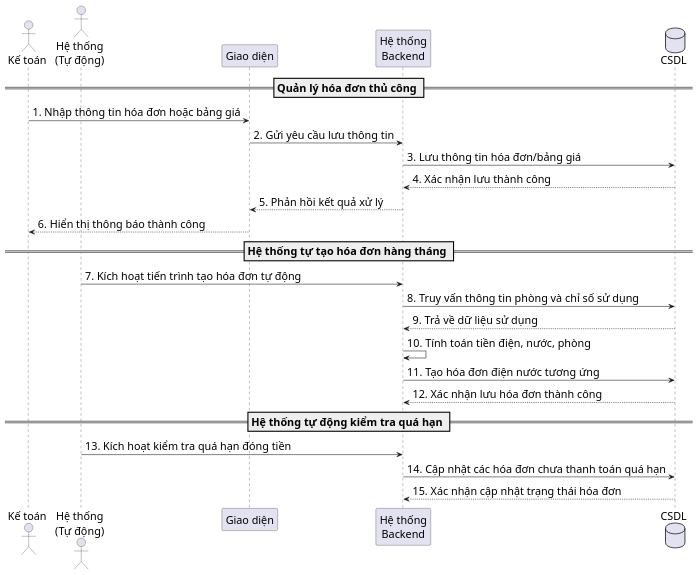
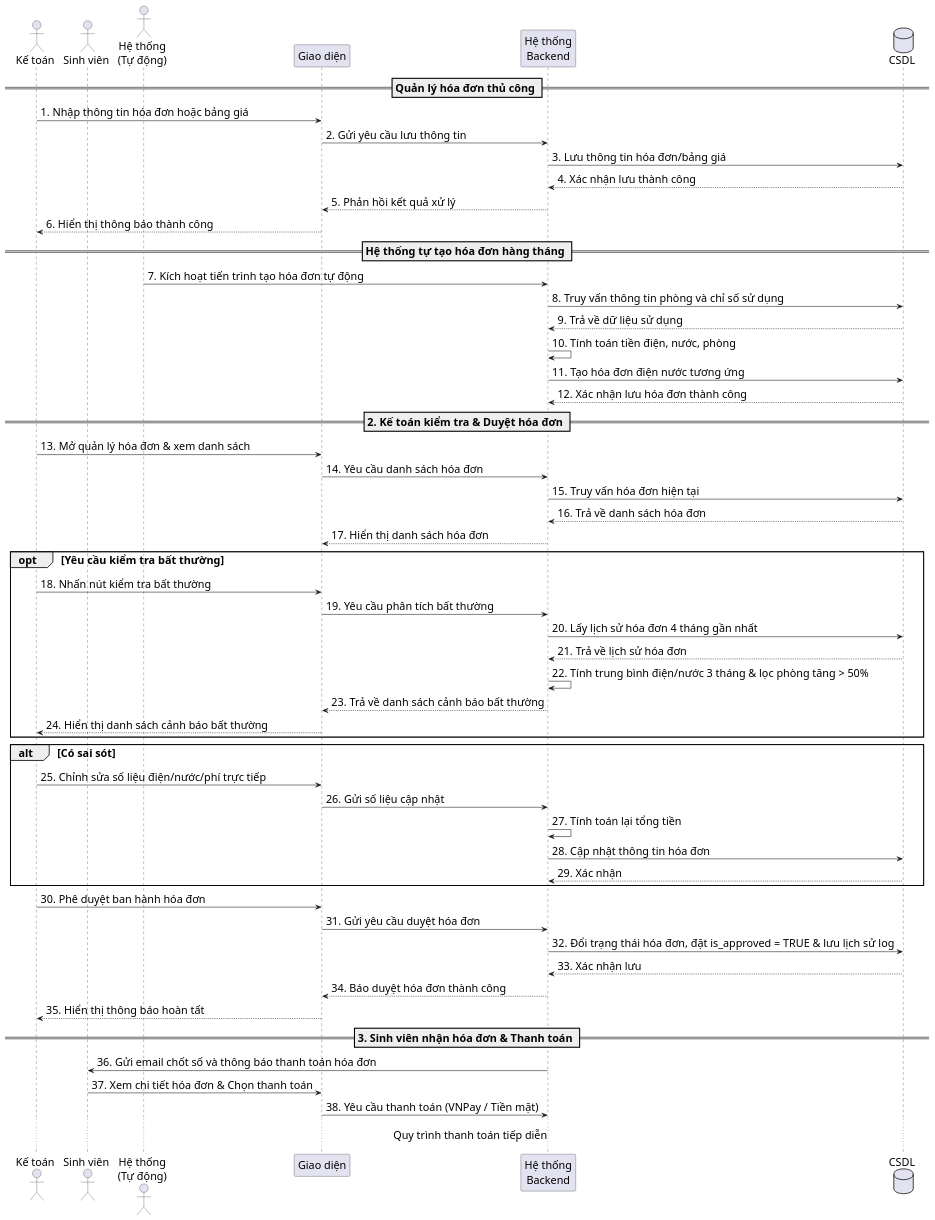
One commit to s0nbuildtech287/dormitory-frontend changed the diagram in diagrams/nhomhoadonthanhtoan/invoice_create_sequence.puml. Above: the diagram before and after it, drawn with PlantUML. The commit also changed 4 other files, not shown here.

```diff
--- a/diagrams/nhomhoadonthanhtoan/invoice_create_sequence.puml
+++ b/diagrams/nhomhoadonthanhtoan/invoice_create_sequence.puml
@@ -1,31 +1,64 @@
 @startuml "Invoice Management Sequence"
 skinparam defaultFontSize 20
 skinparam defaultFontName "Times New Roman"
 skinparam sequenceMessageSize 20
 actor "Kế toán" as Accountant
+actor "Sinh viên" as Student
 actor "Hệ thống\n(Tự động)" as Cron
 participant "Giao diện" as FE
 participant "Hệ thống\nBackend" as BE
 database "CSDL" as DB
 
 == Quản lý hóa đơn thủ công ==
 Accountant -> FE: 1. Nhập thông tin hóa đơn hoặc bảng giá
 FE -> BE: 2. Gửi yêu cầu lưu thông tin
 BE -> DB: 3. Lưu thông tin hóa đơn/bảng giá
 DB --> BE: 4. Xác nhận lưu thành công
 BE --> FE: 5. Phản hồi kết quả xử lý
 FE --> Accountant: 6. Hiển thị thông báo thành công
 
 == Hệ thống tự tạo hóa đơn hàng tháng ==
 Cron -> BE: 7. Kích hoạt tiến trình tạo hóa đơn tự động
 BE -> DB: 8. Truy vấn thông tin phòng và chỉ số sử dụng
 DB --> BE: 9. Trả về dữ liệu sử dụng
 BE -> BE: 10. Tính toán tiền điện, nước, phòng
 BE -> DB: 11. Tạo hóa đơn điện nước tương ứng
 DB --> BE: 12. Xác nhận lưu hóa đơn thành công
 
-== Hệ thống tự động kiểm tra quá hạn ==
-Cron -> BE: 13. Kích hoạt kiểm tra quá hạn đóng tiền
-BE -> DB: 14. Cập nhật các hóa đơn chưa thanh toán quá hạn
-DB --> BE: 15. Xác nhận cập nhật trạng thái hóa đơn
+== 2. Kế toán kiểm tra & Duyệt hóa đơn ==
+Accountant -> FE: 13. Mở quản lý hóa đơn & xem danh sách
+FE -> BE: 14. Yêu cầu danh sách hóa đơn
+BE -> DB: 15. Truy vấn hóa đơn hiện tại
+DB --> BE: 16. Trả về danh sách hóa đơn
+BE --> FE: 17. Hiển thị danh sách hóa đơn
+
+opt Yêu cầu kiểm tra bất thường
+  Accountant -> FE: 18. Nhấn nút kiểm tra bất thường
+  FE -> BE: 19. Yêu cầu phân tích bất thường
+  BE -> DB: 20. Lấy lịch sử hóa đơn 4 tháng gần nhất
+  DB --> BE: 21. Trả về lịch sử hóa đơn
+  BE -> BE: 22. Tính trung bình điện/nước 3 tháng & lọc phòng tăng > 50%
+  BE --> FE: 23. Trả về danh sách cảnh báo bất thường
+  FE --> Accountant: 24. Hiển thị danh sách cảnh báo bất thường
+end
+
+alt Có sai sót
+  Accountant -> FE: 25. Chỉnh sửa số liệu điện/nước/phí trực tiếp
+  FE -> BE: 26. Gửi số liệu cập nhật
+  BE -> BE: 27. Tính toán lại tổng tiền
+  BE -> DB: 28. Cập nhật thông tin hóa đơn
+  DB --> BE: 29. Xác nhận
+end
+Accountant -> FE: 30. Phê duyệt ban hành hóa đơn
+FE -> BE: 31. Gửi yêu cầu duyệt hóa đơn
+BE -> DB: 32. Đổi trạng thái hóa đơn, đặt is_approved = TRUE & lưu lịch sử log
+DB --> BE: 33. Xác nhận lưu
+BE --> FE: 34. Báo duyệt hóa đơn thành công
+FE --> Accountant: 35. Hiển thị thông báo hoàn tất
+
+== 3. Sinh viên nhận hóa đơn & Thanh toán ==
+BE -> Student: 36. Gửi email chốt số và thông báo thanh toán hóa đơn
+Student -> FE: 37. Xem chi tiết hóa đơn & Chọn thanh toán
+FE -> BE: 38. Yêu cầu thanh toán (VNPay / Tiền mặt)
+... Quy trình thanh toán tiếp diễn ...
 @enduml
```
